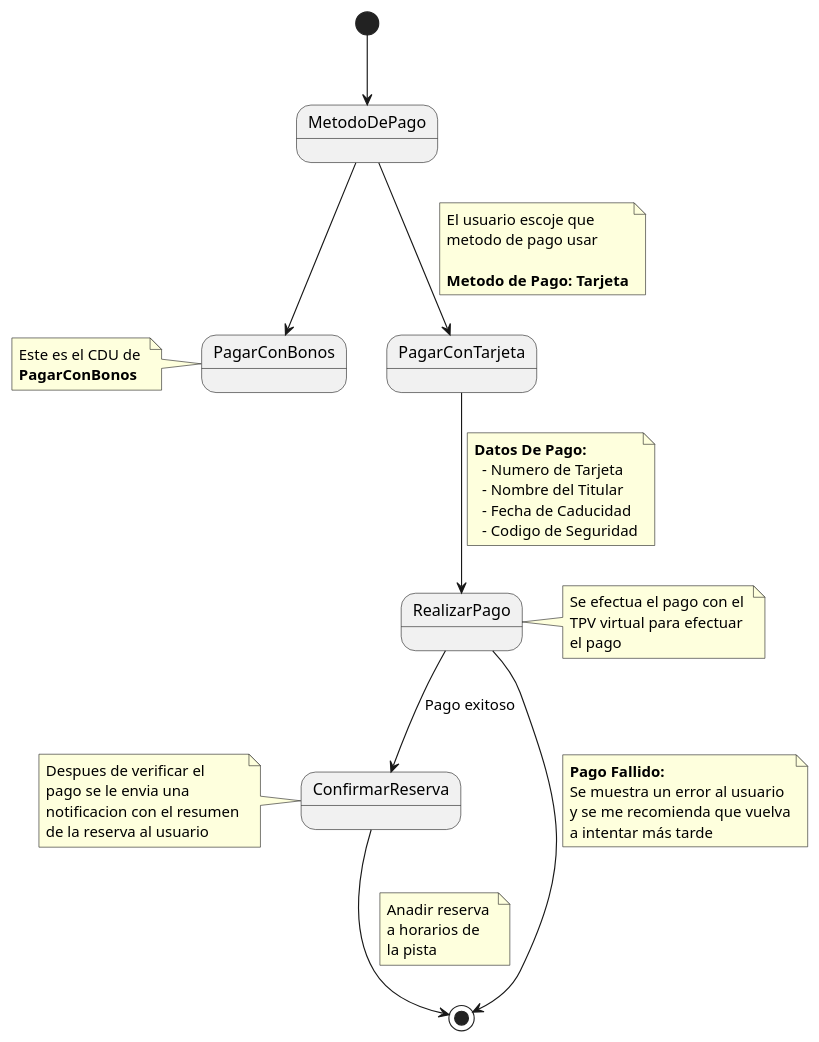
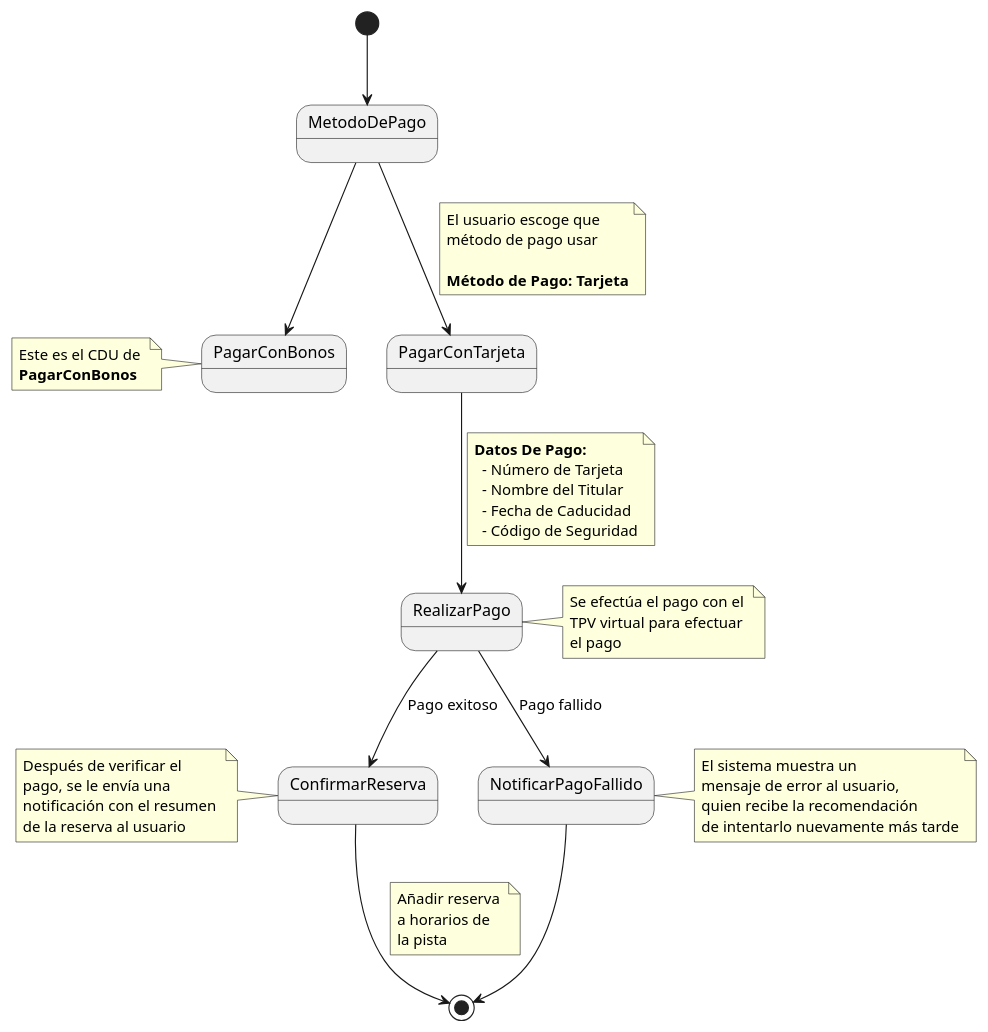
Before and after one commit to pablarce/23-24-IdSw1-SDR: the diagram in CasosDeUso/CduDetallados/CduPagos/PagarReserva.puml, drawn with PlantUML.

Commit message:
Update PagarReserva.puml
agrego pago fallido

```diff
--- a/CasosDeUso/CduDetallados/CduPagos/PagarReserva.puml
+++ b/CasosDeUso/CduDetallados/CduPagos/PagarReserva.puml
@@ -1,51 +1,57 @@
 @startuml
 
 [*] --> MetodoDePago
 MetodoDePago --> PagarConBonos
-note  left of PagarConBonos
+note left of PagarConBonos
 Este es el CDU de 
 **PagarConBonos**
 end note
+
 MetodoDePago --> PagarConTarjeta
 note on link
- El usuario escoje que 
- metodo de pago usar
+ El usuario escoge que 
+ método de pago usar
  
- **Metodo de Pago: Tarjeta**
+ **Método de Pago: Tarjeta**
 end note
 
-PagarConTarjeta--> RealizarPago
+PagarConTarjeta --> RealizarPago
 note on link
 **Datos De Pago:**
-  - Numero de Tarjeta
+  - Número de Tarjeta
   - Nombre del Titular
   - Fecha de Caducidad
-  - Codigo de Seguridad
+  - Código de Seguridad
 end note
 note right of RealizarPago
- Se efectua el pago con el 
+ Se efectúa el pago con el 
  TPV virtual para efectuar 
  el pago
 end note
-RealizarPago--> ConfirmarReserva : Pago exitoso
+
+RealizarPago --> ConfirmarReserva : Pago exitoso
 note left of ConfirmarReserva
- Despues de verificar el 
- pago se le envia una 
- notificacion con el resumen 
+ Después de verificar el 
+ pago, se le envía una 
+ notificación con el resumen 
  de la reserva al usuario
 end note
-RealizarPago --> [*]
-note on link
-**Pago Fallido:**
-Se muestra un error al usuario
-y se me recomienda que vuelva
-a intentar más tarde
+
+RealizarPago --> NotificarPagoFallido : Pago fallido
+note right of NotificarPagoFallido
+ El sistema muestra un 
+ mensaje de error al usuario, 
+ quien recibe la recomendación 
+ de intentarlo nuevamente más tarde
 end note
+
+NotificarPagoFallido --> [*]
+
 ConfirmarReserva --> [*]
 note on link
- Anadir reserva 
+ Añadir reserva 
  a horarios de 
  la pista
 end note
 
 @enduml
```
